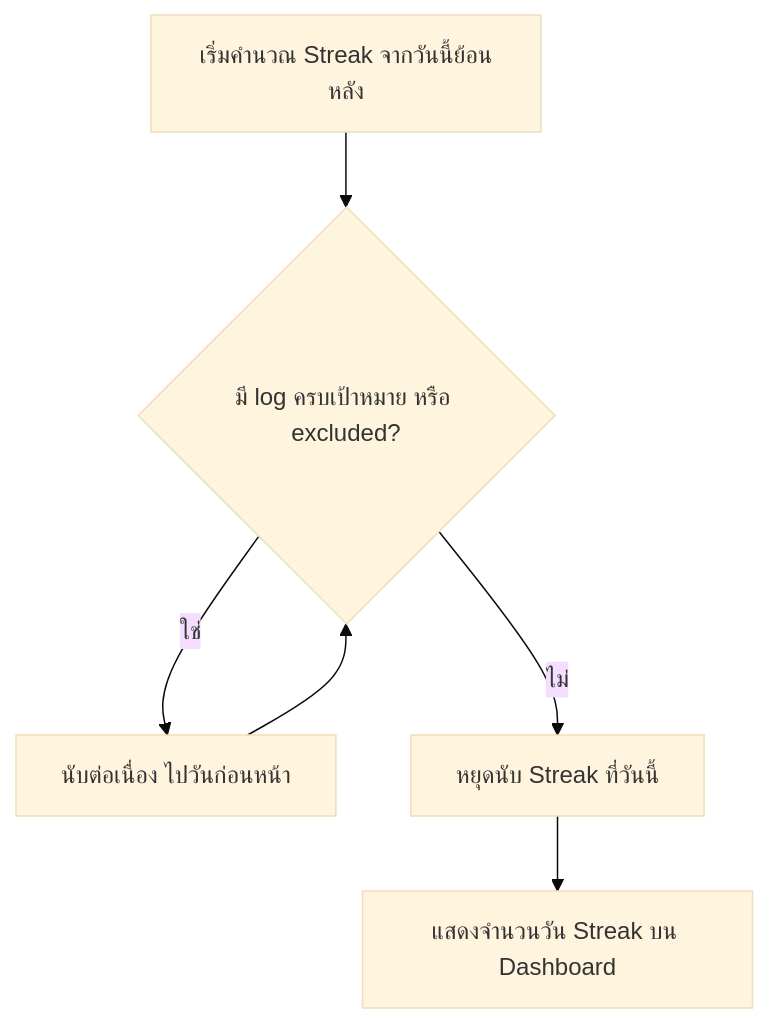
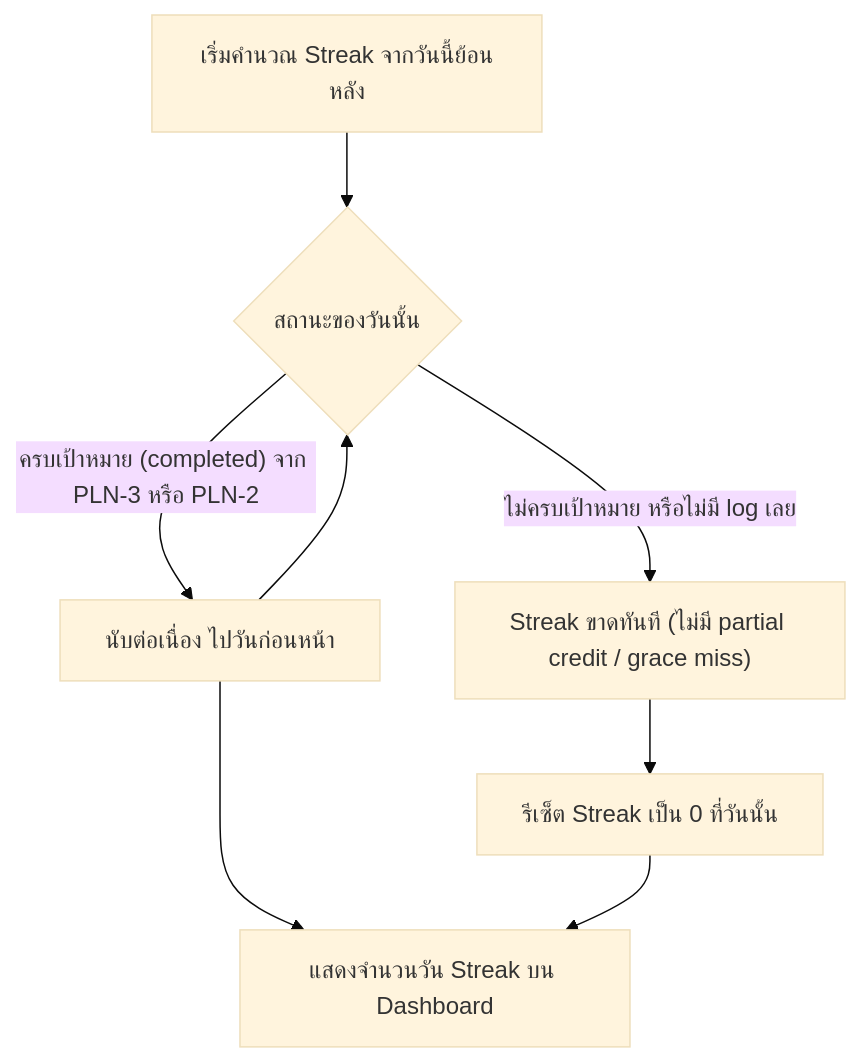
Diagram 11 of 14 in docs/features/user-journeys.md (Kikofah/smartFit_daily), drawn with Mermaid (base theme) before and after one commit. The commit also changed other lines of this file and 6 other files, not shown here.

````diff
--- a/docs/features/user-journeys.md
+++ b/docs/features/user-journeys.md
@@ -320,8 +371,10 @@
 ```mermaid
 flowchart TD
-    A[เริ่มคำนวณ Streak จากวันนี้ย้อนหลัง] --> B{มี log ครบเป้าหมาย หรือ excluded?}
-    B -- ใช่ --> C[นับต่อเนื่อง ไปวันก่อนหน้า]
+    A[เริ่มคำนวณ Streak จากวันนี้ย้อนหลัง] --> B{สถานะของวันนั้น}
+    B -- "ครบเป้าหมาย (completed) จาก PLN-3 หรือ PLN-2" --> C[นับต่อเนื่อง ไปวันก่อนหน้า]
     C --> B
-    B -- ไม่ --> D[หยุดนับ Streak ที่วันนี้]
-    D --> E[แสดงจำนวนวัน Streak บน Dashboard]
+    B -- "ไม่ครบเป้าหมาย หรือไม่มี log เลย" --> D["Streak ขาดทันที (ไม่มี partial credit / grace miss)"]
+    D --> E[รีเซ็ต Streak เป็น 0 ที่วันนั้น]
+    C --> F[แสดงจำนวนวัน Streak บน Dashboard]
+    E --> F
 ```
````
